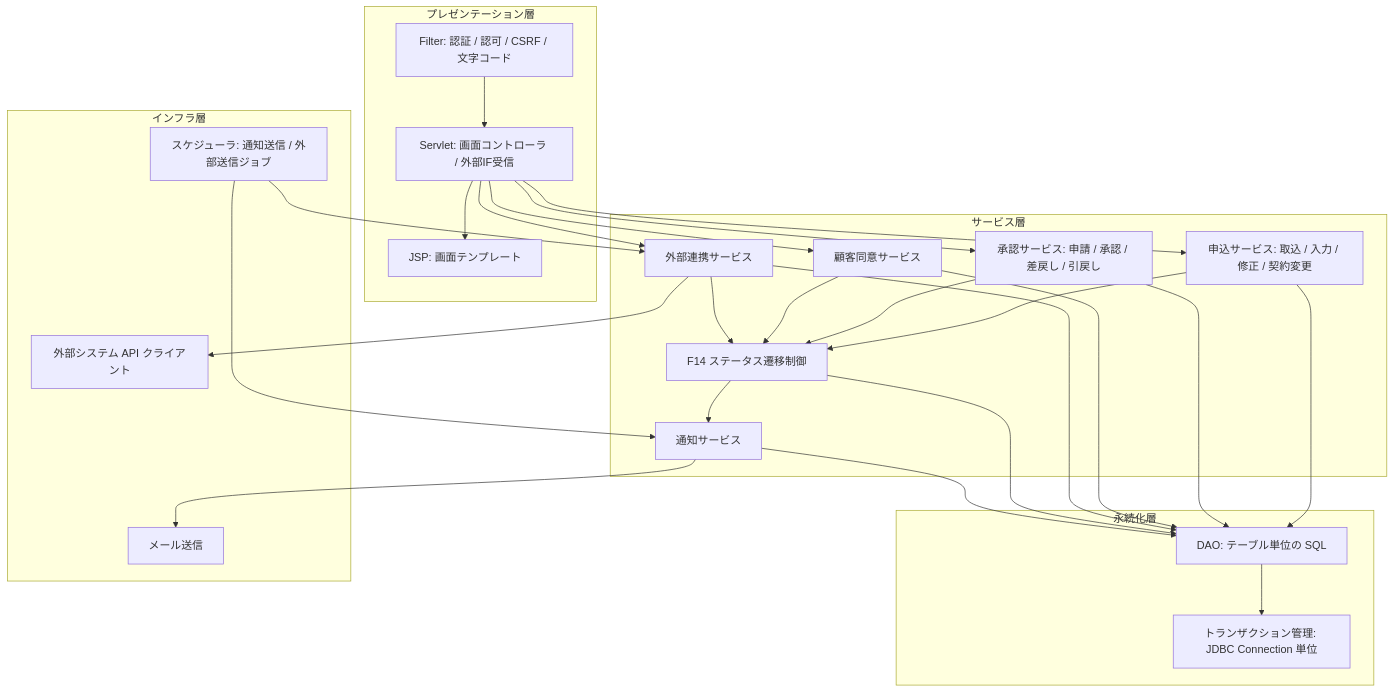
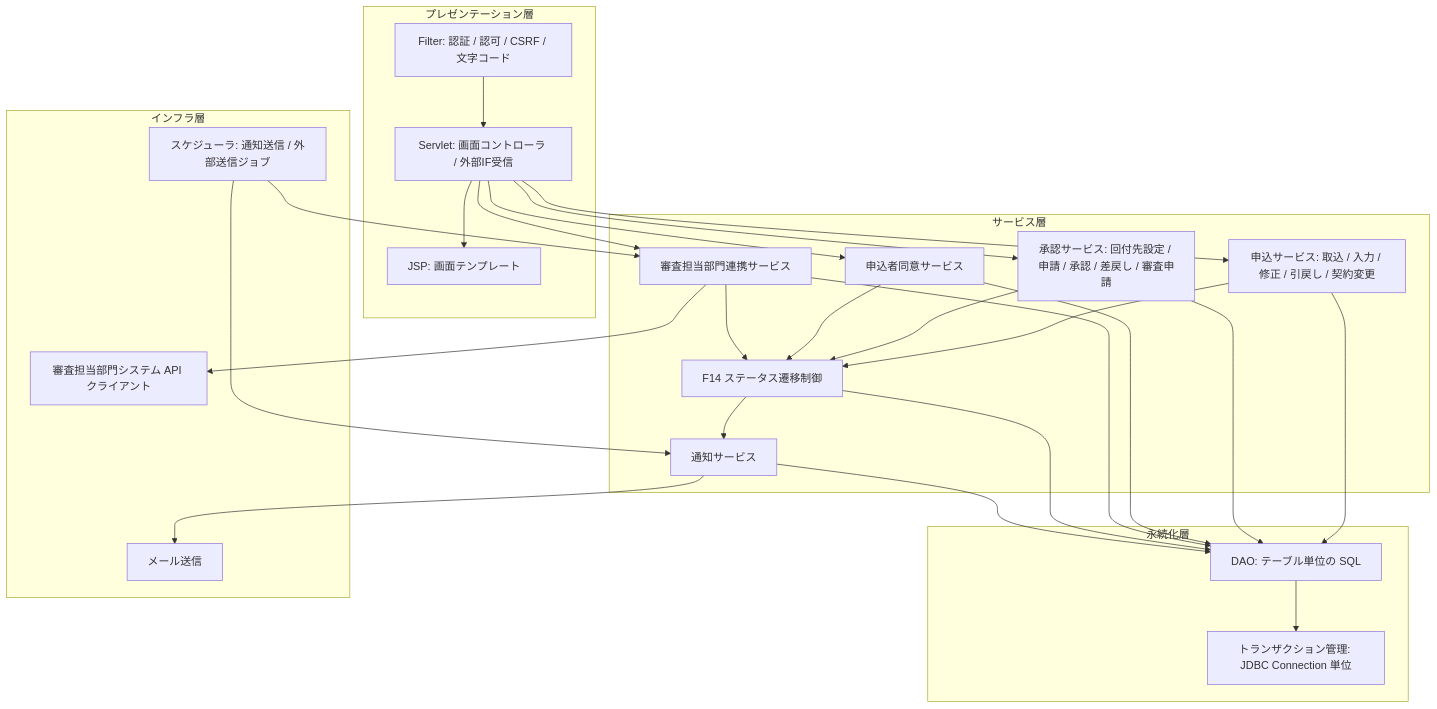
One commit to yasudaProduct/JavaServletSample2 changed the second of 2 diagrams in docs/basic-design/02-system-architecture.md. Above: the diagram before and after it, drawn with Mermaid. The commit also changed other lines of this file and 26 other files, not shown here.

````diff
--- a/docs/basic-design/02-system-architecture.md
+++ b/docs/basic-design/02-system-architecture.md
@@ -60,34 +60,34 @@
 ```mermaid
 flowchart TB
     subgraph presentation[プレゼンテーション層]
         FILTER[Filter: 認証 / 認可 / CSRF / 文字コード]
         SERVLET[Servlet: 画面コントローラ / 外部IF受信]
         JSP[JSP: 画面テンプレート]
     end
     subgraph service[サービス層]
-        APPSVC[申込サービス: 取込 / 入力 / 修正 / 契約変更]
-        APRSVC[承認サービス: 申請 / 承認 / 差戻し / 引戻し]
-        CONSVC[顧客同意サービス]
-        EXTSVC[外部連携サービス]
+        APPSVC[申込サービス: 取込 / 入力 / 修正 / 引戻し / 契約変更]
+        APRSVC[承認サービス: 回付先設定 / 申請 / 承認 / 差戻し / 審査申請]
+        CONSVC[申込者同意サービス]
+        EXTSVC[審査担当部門連携サービス]
         TRANS[F14 ステータス遷移制御]
         NOTIF[通知サービス]
     end
     subgraph persistence[永続化層]
         DAO[DAO: テーブル単位の SQL]
         TX[トランザクション管理: JDBC Connection 単位]
     end
     subgraph infra[インフラ層]
         MAILER[メール送信]
-        EXTCLIENT[外部システム API クライアント]
+        EXTCLIENT[審査担当部門システム API クライアント]
         SCHED[スケジューラ: 通知送信 / 外部送信ジョブ]
     end
     FILTER --> SERVLET --> JSP
     SERVLET --> APPSVC & APRSVC & CONSVC & EXTSVC
     APPSVC & APRSVC & CONSVC & EXTSVC --> TRANS
     TRANS --> NOTIF
     APPSVC & APRSVC & CONSVC & EXTSVC & TRANS & NOTIF --> DAO
     DAO --> TX
     SCHED --> NOTIF & EXTSVC
     NOTIF --> MAILER
     EXTSVC --> EXTCLIENT
 ```
````
